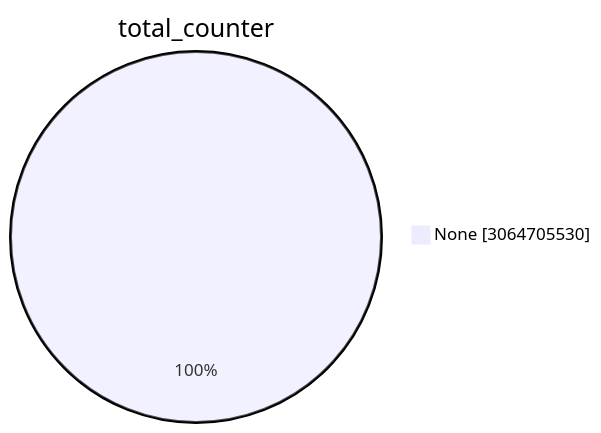
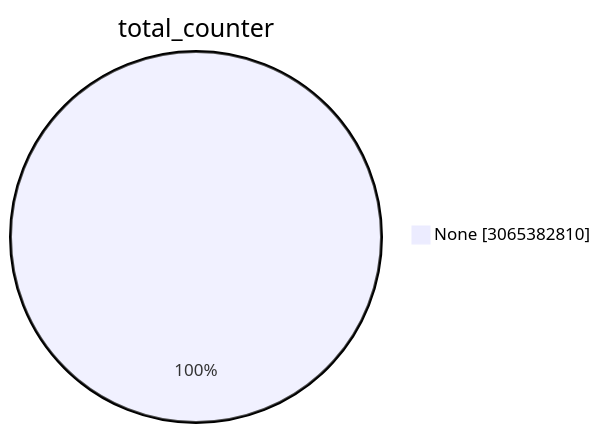
Before and after one commit to christiankrug/ctmonitor_visualization: the first of 15 diagrams in TOTAL/README.md, drawn with Mermaid. The commit also changed other lines of this file, not shown here.

````diff
--- a/TOTAL/README.md
+++ b/TOTAL/README.md
@@ -1,5 +1,5 @@
 ```mermaid
 pie showData
 title total_counter
-"None" :3064705530
+"None" :3065382810
 ```
````
